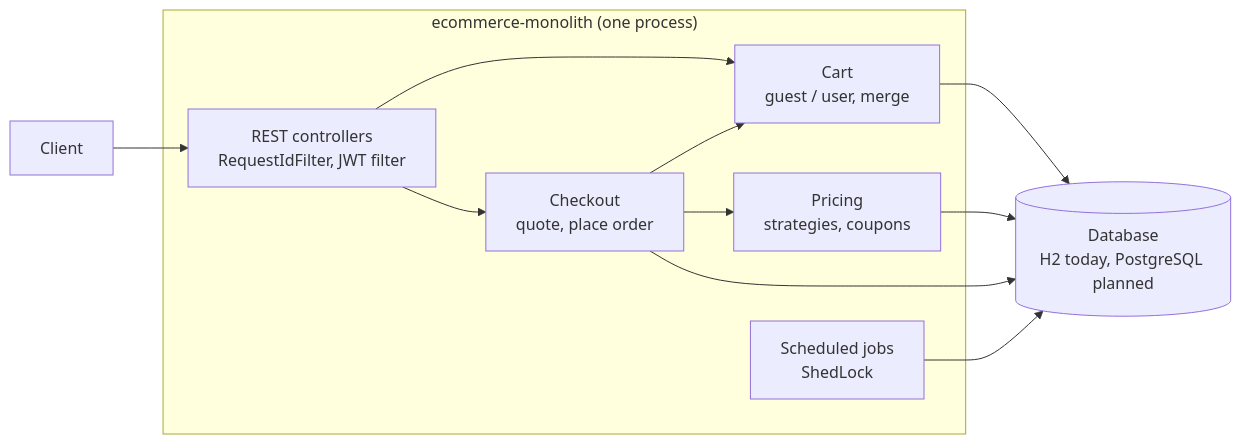
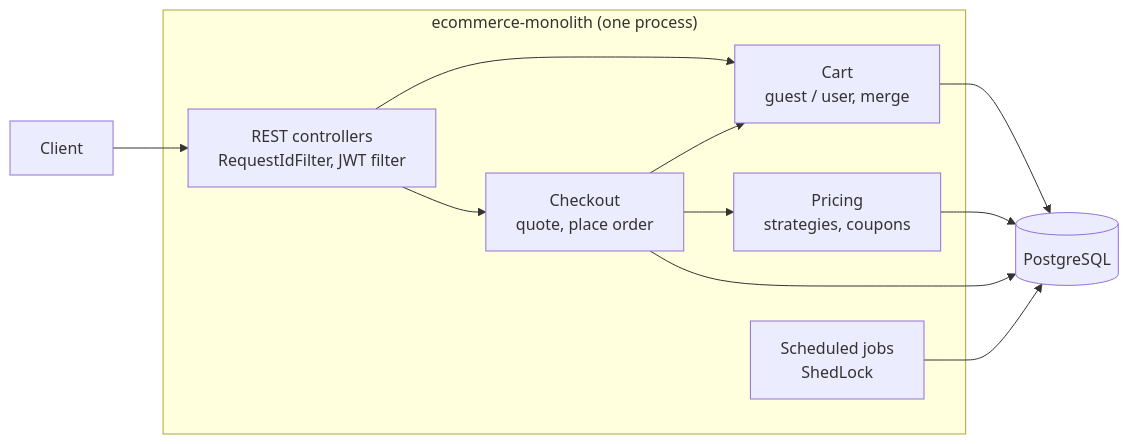
The diagram in README.md (SasiPiro/Esercizi), drawn with Mermaid before and after one commit. The commit also changed other lines of this file and 22 other files, not shown here.

````diff
--- a/README.md
+++ b/README.md
@@ -78,24 +78,24 @@
 ```mermaid
 graph LR
     Client["Client"]
 
     subgraph APP["ecommerce-monolith (one process)"]
         WEB["REST controllers<br/>RequestIdFilter, JWT filter"]
         CART["Cart<br/>guest / user, merge"]
         PRICING["Pricing<br/>strategies, coupons"]
         CHECKOUT["Checkout<br/>quote, place order"]
         JOBS["Scheduled jobs<br/>ShedLock"]
     end
 
-    DB[("Database<br/>H2 today, PostgreSQL planned")]
+    DB[("PostgreSQL")]
 
     Client --> WEB
     WEB --> CART
     WEB --> CHECKOUT
     CHECKOUT --> CART
     CHECKOUT --> PRICING
     CART --> DB
     PRICING --> DB
     CHECKOUT --> DB
     JOBS --> DB
 ```
````
